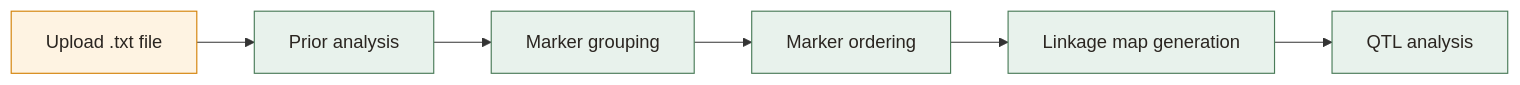
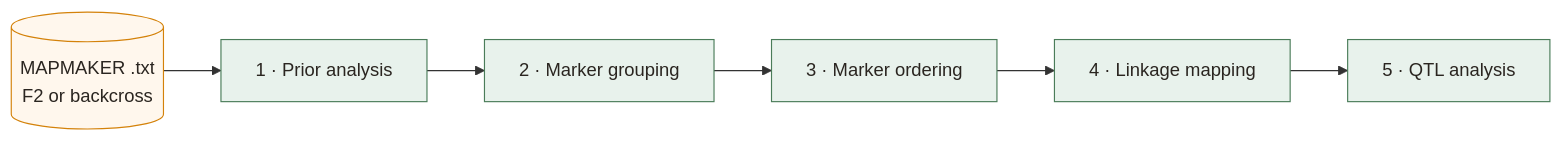
Before and after one commit to ebenogoe/linkmapper: the diagram in README.md, drawn with Mermaid. The commit also changed other lines of this file, not shown here.

````diff
--- a/README.md
+++ b/README.md
@@ -36,15 +37,15 @@
 ```mermaid
 flowchart LR
-  A[Upload .txt file] --> B[Prior analysis]
-  B --> C[Marker grouping]
-  C --> D[Marker ordering]
-  D --> E[Linkage map generation]
-  E --> F[QTL analysis]
+  A[("MAPMAKER .txt\nF2 or backcross")] --> B["1 · Prior analysis"]
+  B --> C["2 · Marker grouping"]
+  C --> D["3 · Marker ordering"]
+  D --> E["4 · Linkage mapping"]
+  E --> F["5 · QTL analysis"]
 
-  style A fill:#fef3e2,stroke:#d4820a,color:#2a2520
+  style A fill:#fff7ed,stroke:#d4820a,color:#2a2520
   style B fill:#e8f2ec,stroke:#4a7c59,color:#2a2520
   style C fill:#e8f2ec,stroke:#4a7c59,color:#2a2520
   style D fill:#e8f2ec,stroke:#4a7c59,color:#2a2520
   style E fill:#e8f2ec,stroke:#4a7c59,color:#2a2520
   style F fill:#e8f2ec,stroke:#4a7c59,color:#2a2520
 ```
````
